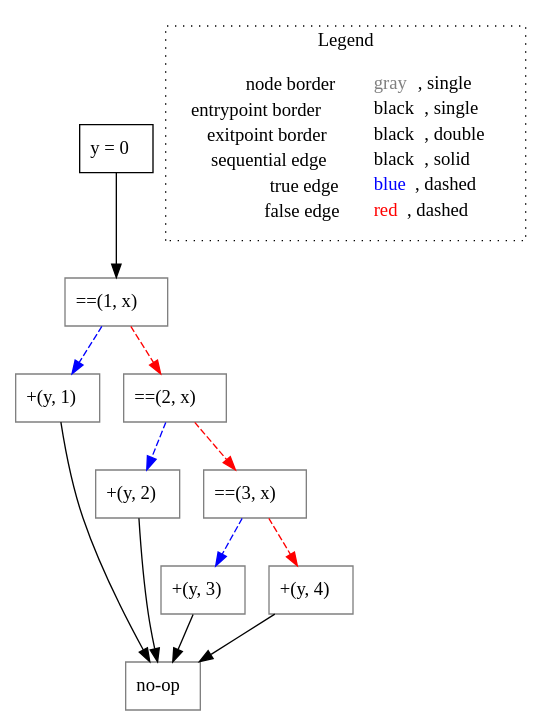
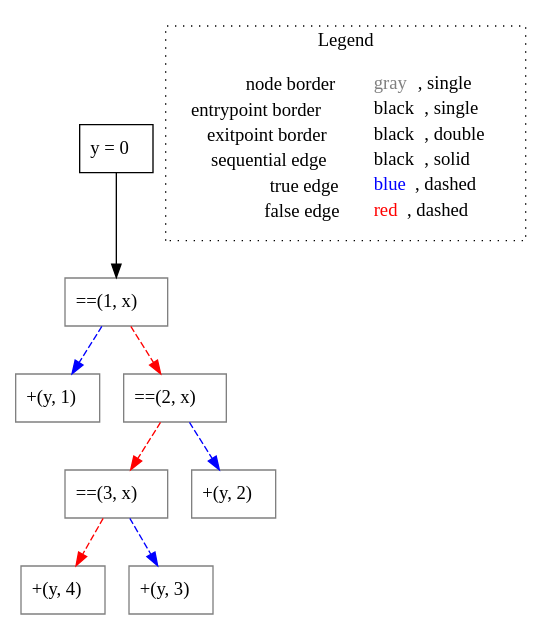
Before and after one commit to lisa-analyzer/go-lisa: the diagram in go-lisa/test-outputs/cfg/switch/untyped_~LiSAProgram.simpleSwitchWithDefault2(int_x).dot, drawn with Graphviz. The commit also changed 27 other files, not shown here.

```diff
--- a/go-lisa/test-outputs/cfg/switch/untyped_~LiSAProgram.simpleSwitchWithDefault2(int_x).dot
+++ b/go-lisa/test-outputs/cfg/switch/untyped_~LiSAProgram.simpleSwitchWithDefault2(int_x).dot
@@ -1,29 +1,24 @@
 digraph {
 	"node0" [shape="rect",color="black",label=<y = 0>];
-	"node1" [shape="rect",color="gray",label=<+(y, 3)>];
+	"node1" [shape="rect",color="gray",label=<+(y, 1)>];
 	"node2" [shape="rect",color="gray",label=<+(y, 4)>];
-	"node3" [shape="rect",color="gray",label=<+(y, 1)>];
-	"node4" [shape="rect",color="gray",label=<+(y, 2)>];
-	"node5" [shape="rect",color="gray",label=<==(2, x)>];
-	"node6" [shape="rect",color="gray",label=<no-op>];
-	"node7" [shape="rect",color="gray",label=<==(1, x)>];
-	"node8" [shape="rect",color="gray",label=<==(3, x)>];
-	"node1" -> "node6" [color="black"];
-	"node2" -> "node6" [color="black"];
-	"node3" -> "node6" [color="black"];
-	"node0" -> "node7" [color="black"];
-	"node4" -> "node6" [color="black"];
-	"node5" -> "node4" [color="blue",style="dashed"];
-	"node5" -> "node8" [color="red",style="dashed"];
-	"node7" -> "node3" [color="blue",style="dashed"];
-	"node7" -> "node5" [color="red",style="dashed"];
-	"node8" -> "node1" [color="blue",style="dashed"];
-	"node8" -> "node2" [color="red",style="dashed"];
+	"node3" [shape="rect",color="gray",label=<==(1, x)>];
+	"node4" [shape="rect",color="gray",label=<==(2, x)>];
+	"node5" [shape="rect",color="gray",label=<==(3, x)>];
+	"node6" [shape="rect",color="gray",label=<+(y, 3)>];
+	"node7" [shape="rect",color="gray",label=<+(y, 2)>];
+	"node3" -> "node1" [color="blue",style="dashed"];
+	"node3" -> "node4" [color="red",style="dashed"];
+	"node0" -> "node3" [color="black"];
+	"node4" -> "node5" [color="red",style="dashed"];
+	"node4" -> "node7" [color="blue",style="dashed"];
+	"node5" -> "node2" [color="red",style="dashed"];
+	"node5" -> "node6" [color="blue",style="dashed"];
 subgraph cluster_legend {
 	label="Legend";
 	style=dotted;
 	node [shape=plaintext];
 	"legend" [label=<<table border="0" cellpadding="2" cellspacing="0" cellborder="0"><tr><td align="right">node border&nbsp;</td><td align="left"><font color="gray">gray</font>, single</td></tr><tr><td align="right">entrypoint border&nbsp;</td><td align="left"><font color="black">black</font>, single</td></tr><tr><td align="right">exitpoint border&nbsp;</td><td align="left"><font color="black">black</font>, double</td></tr><tr><td align="right">sequential edge&nbsp;</td><td align="left"><font color="black">black</font>, solid</td></tr><tr><td align="right">true edge&nbsp;</td><td align="left"><font color="blue">blue</font>, dashed</td></tr><tr><td align="right">false edge&nbsp;</td><td align="left"><font color="red">red</font>, dashed</td></tr></table>>];
 }
 
 }
```
